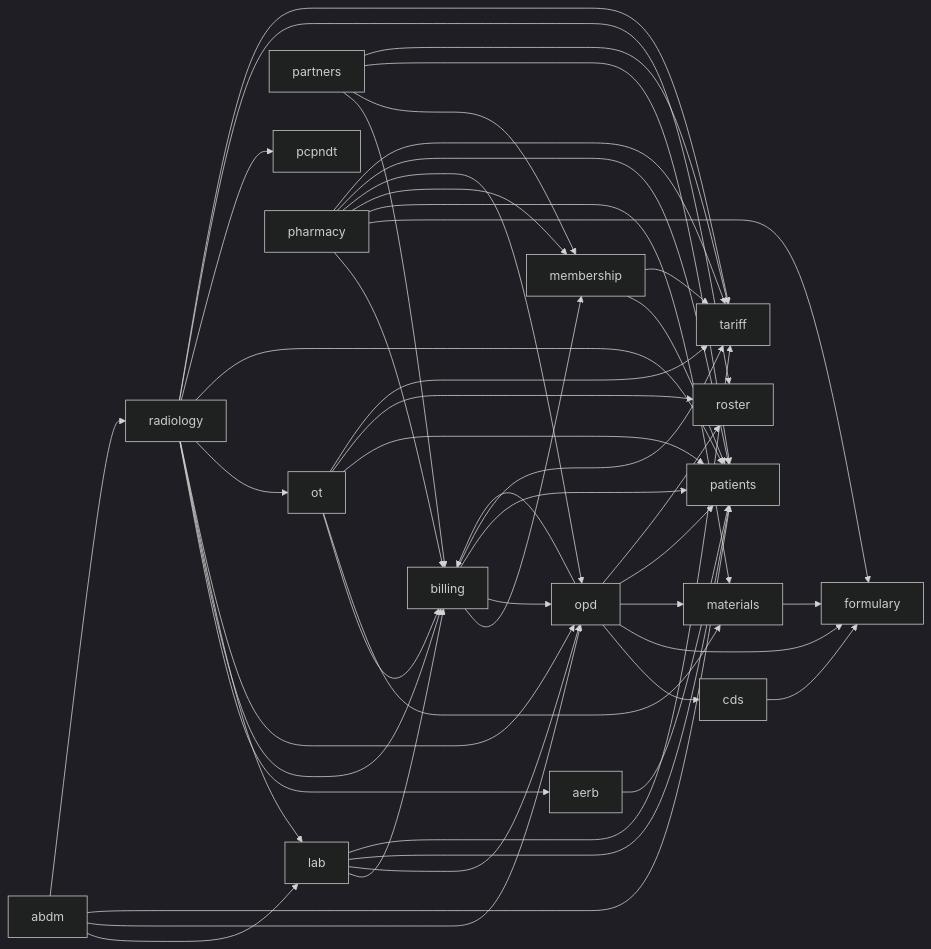
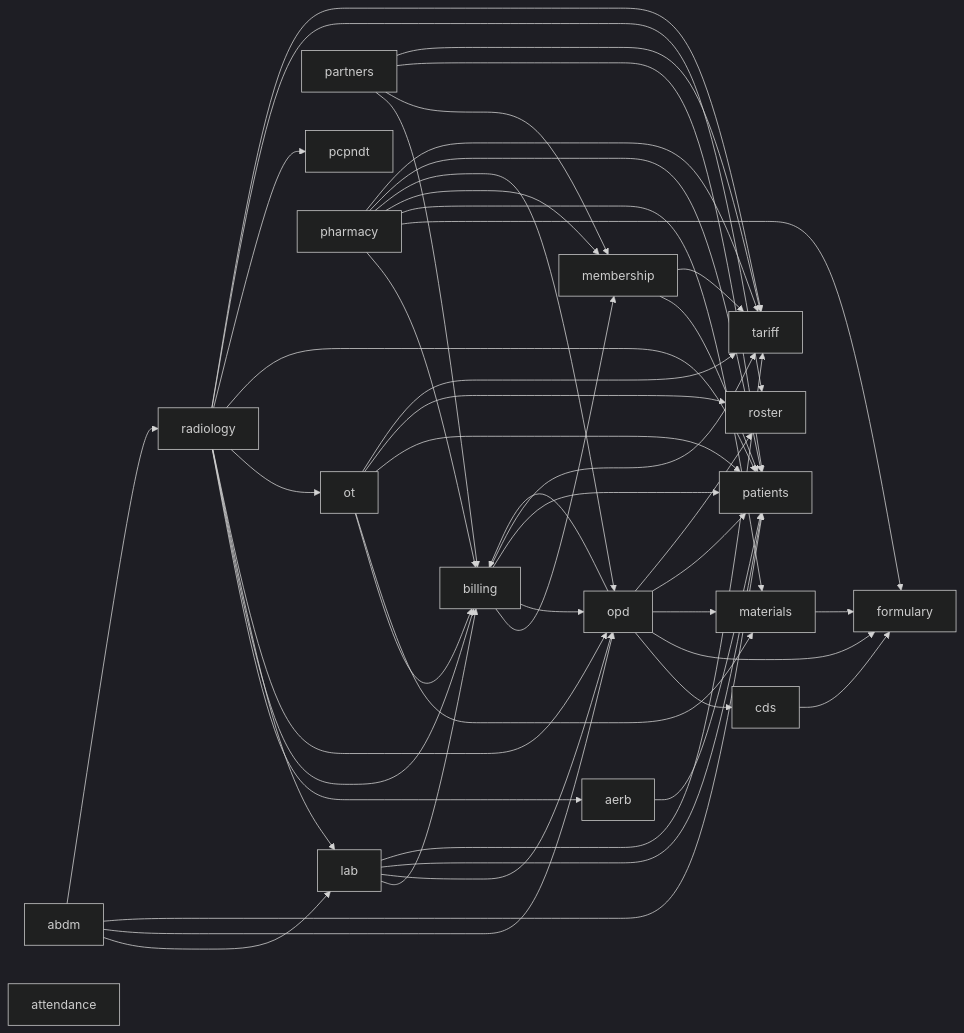
The second of 2 diagrams in docs/architecture/README.md (ankits3a/hims-hmis), drawn with Mermaid (dark theme) before and after one commit. The commit also changed other lines of this file and 5 other files, not shown here.

````diff
--- a/docs/architecture/README.md
+++ b/docs/architecture/README.md
@@ -31,68 +31,69 @@
 ```mermaid
 flowchart LR
   abdm[abdm]
   aerb[aerb]
+  attendance[attendance]
   billing[billing]
   cds[cds]
   formulary[formulary]
   lab[lab]
   materials[materials]
   membership[membership]
   opd[opd]
   ot[ot]
   partners[partners]
   patients[patients]
   pcpndt[pcpndt]
   pharmacy[pharmacy]
   radiology[radiology]
   roster[roster]
   tariff[tariff]
   abdm --> lab
   abdm --> opd
   abdm --> patients
   abdm --> radiology
   aerb --> patients
   billing --> membership
   billing --> opd
   billing --> patients
   billing --> tariff
   cds --> formulary
   lab --> billing
   lab --> opd
   lab --> patients
   lab --> tariff
   materials --> formulary
   membership --> patients
   membership --> tariff
   opd --> billing
   opd --> cds
   opd --> formulary
   opd --> materials
   opd --> patients
   opd --> roster
   ot --> billing
   ot --> materials
   ot --> patients
   ot --> roster
   ot --> tariff
   partners --> billing
   partners --> membership
   partners --> patients
   partners --> tariff
   pharmacy --> billing
   pharmacy --> formulary
   pharmacy --> materials
   pharmacy --> membership
   pharmacy --> opd
   pharmacy --> patients
   pharmacy --> tariff
   radiology --> aerb
   radiology --> billing
   radiology --> lab
   radiology --> opd
   radiology --> ot
   radiology --> patients
   radiology --> pcpndt
   radiology --> roster
   radiology --> tariff
 ```
````
